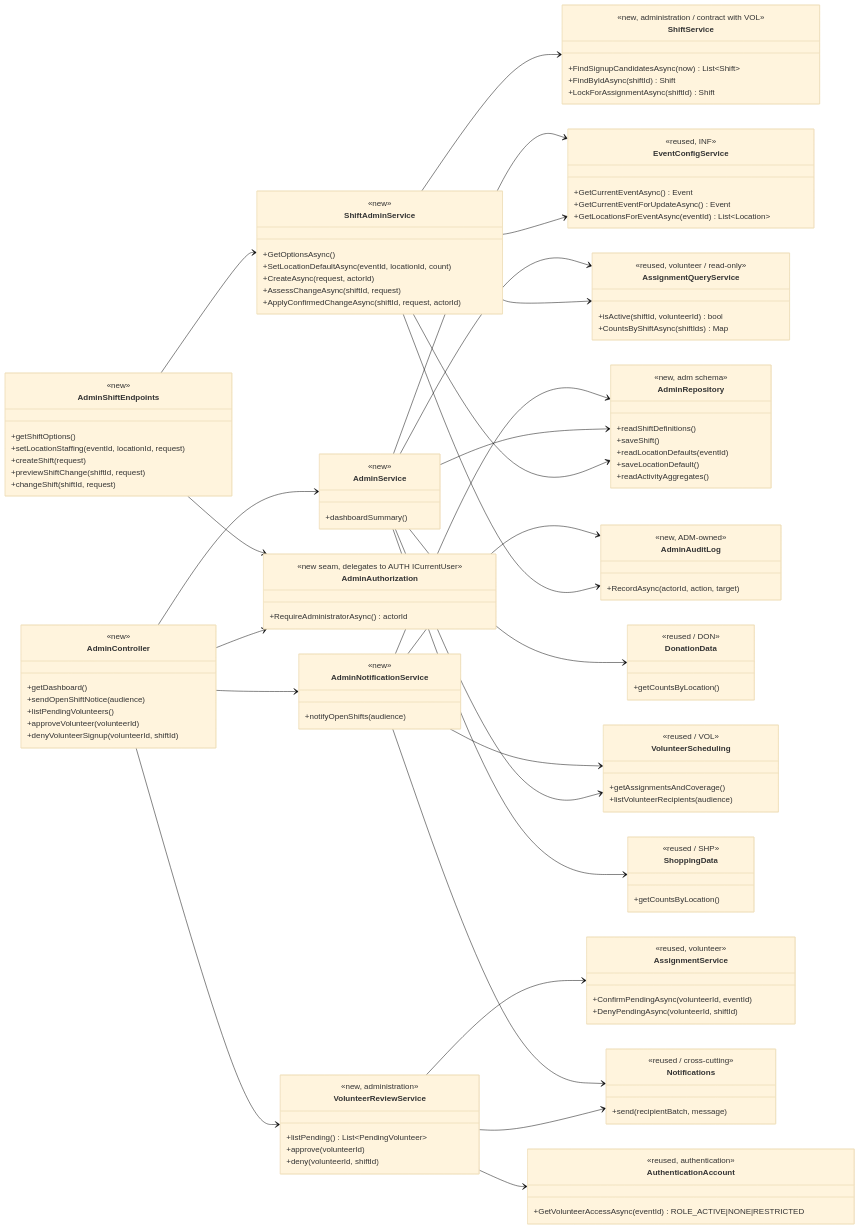
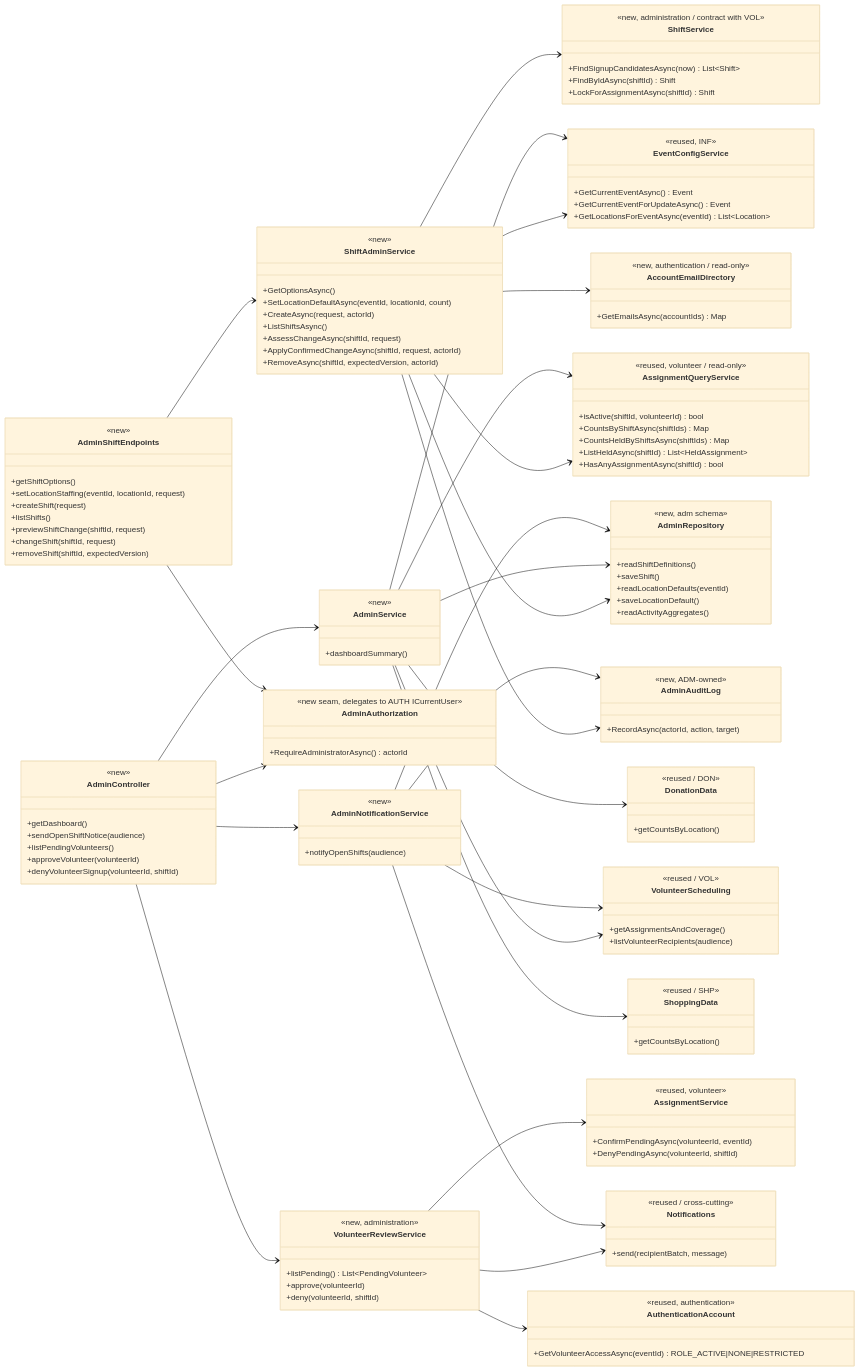
The first of 8 diagrams in docs/design/ADM.md (evelyntrann/cosc-40943-team-3-refrog), drawn with Mermaid (base theme) before and after one commit. The commit also changed other lines of this file and 45 other files, not shown here.

```diff
--- a/docs/design/ADM.md
+++ b/docs/design/ADM.md
@@ -39,16 +39,20 @@
         +getShiftOptions()
         +setLocationStaffing(eventId, locationId, request)
         +createShift(request)
+        +listShifts()
         +previewShiftChange(shiftId, request)
         +changeShift(shiftId, request)
+        +removeShift(shiftId, expectedVersion)
     }
     class ShiftAdminService {
         <<new>>
         +GetOptionsAsync()
         +SetLocationDefaultAsync(eventId, locationId, count)
         +CreateAsync(request, actorId)
+        +ListShiftsAsync()
         +AssessChangeAsync(shiftId, request)
         +ApplyConfirmedChangeAsync(shiftId, request, actorId)
+        +RemoveAsync(shiftId, expectedVersion, actorId)
     }
     class EventConfigService {
         <<reused, INF>>
@@ -85,6 +89,13 @@
         <<reused, volunteer / read-only>>
         +isActive(shiftId, volunteerId) bool
         +CountsByShiftAsync(shiftIds) Map
+        +CountsHeldByShiftsAsync(shiftIds) Map
+        +ListHeldAsync(shiftId) List~HeldAssignment~
+        +HasAnyAssignmentAsync(shiftId) bool
+    }
+    class AccountEmailDirectory {
+        <<new, authentication / read-only>>
+        +GetEmailsAsync(accountIds) Map
     }
     class AuthenticationAccount {
         <<reused, authentication>>
@@ -129,6 +140,7 @@
     ShiftAdminService --> AdminRepository
     ShiftAdminService --> ShiftService
     ShiftAdminService --> AssignmentQueryService
+    ShiftAdminService --> AccountEmailDirectory
     ShiftAdminService --> AdminAuditLog
     AdminService --> EventConfigService
     AdminService --> AssignmentQueryService
```
